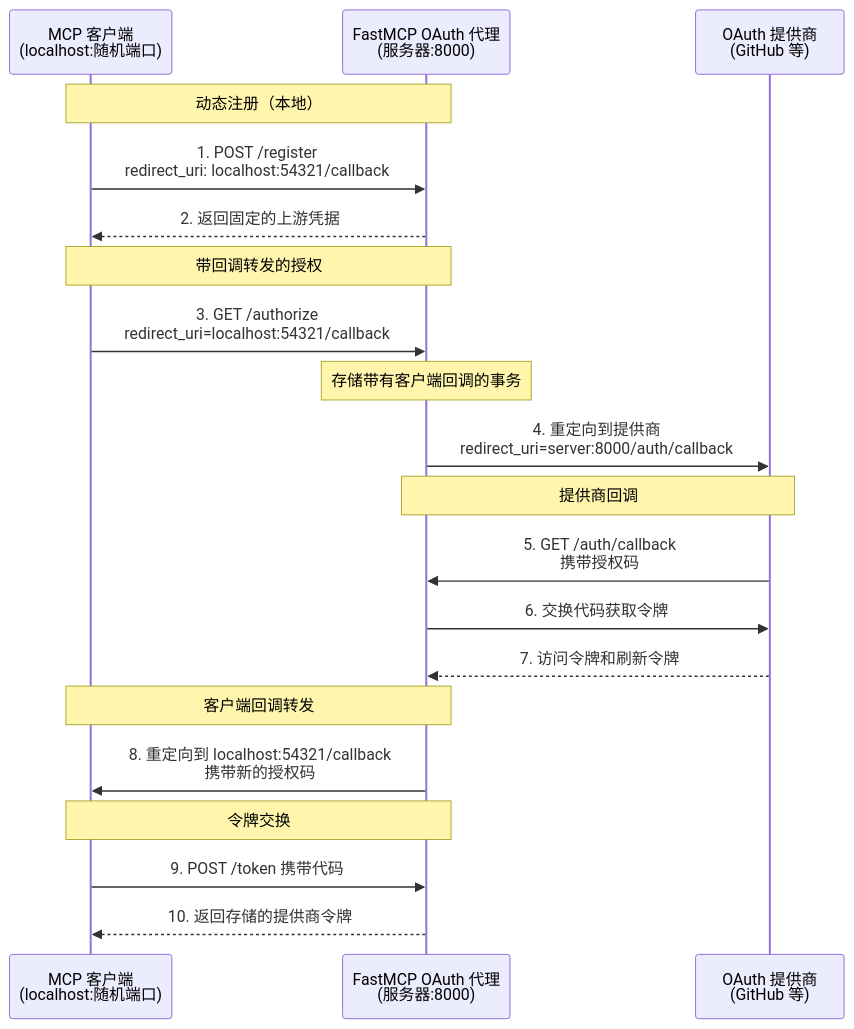
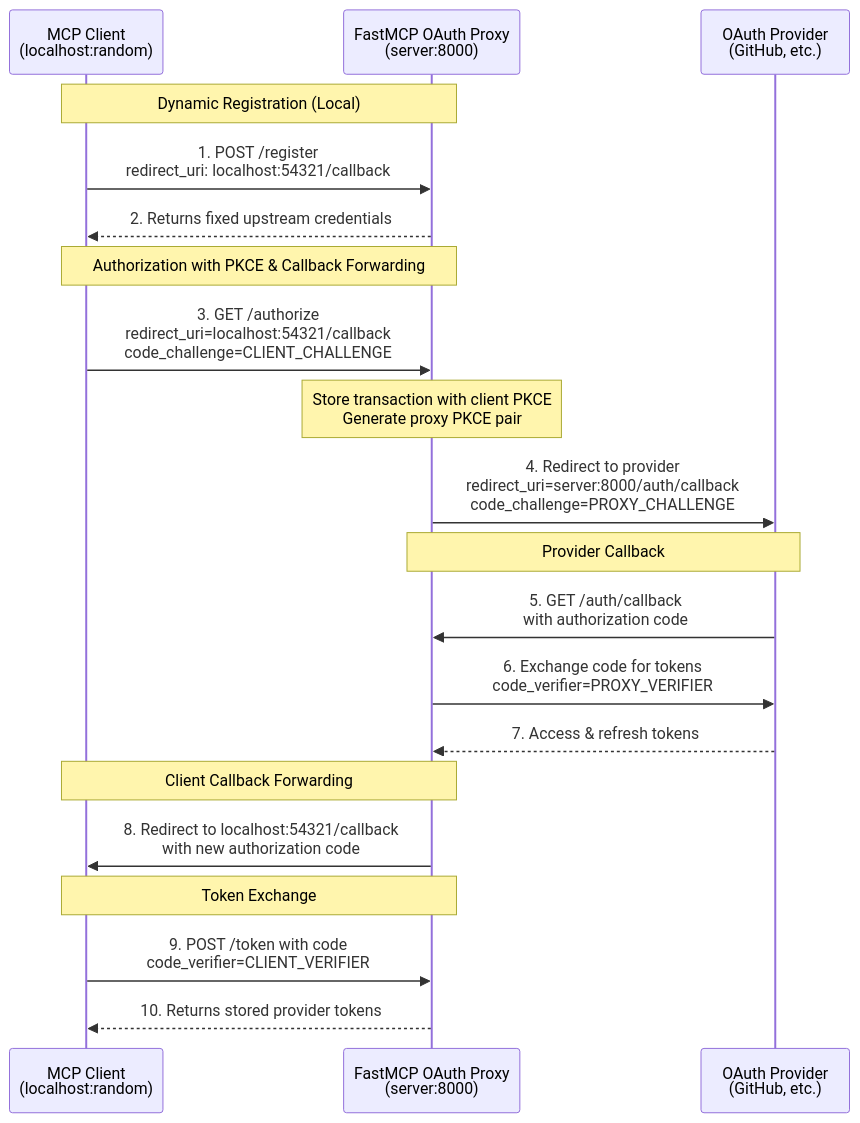
The diagram in i18n/zh/servers/auth/oauth-proxy.mdx (Gu-f/FastmcpDocs), drawn with Mermaid before and after one commit. The commit also changed other lines of this file and 248 other files, not shown here.

````diff
--- a/i18n/zh/servers/auth/oauth-proxy.mdx
+++ b/i18n/zh/servers/auth/oauth-proxy.mdx
@@ -65,27 +182,27 @@
 ```mermaid
 sequenceDiagram
-    participant Client as MCP 客户端<br/>(localhost:随机端口)
-    participant Proxy as FastMCP OAuth 代理<br/>(服务器:8000)
-    participant Provider as OAuth 提供商<br/>(GitHub 等)
+    participant Client as MCP Client<br/>(localhost:random)
+    participant Proxy as FastMCP OAuth Proxy<br/>(server:8000)
+    participant Provider as OAuth Provider<br/>(GitHub, etc.)
 
-    Note over Client, Proxy: 动态注册（本地）
+    Note over Client, Proxy: Dynamic Registration (Local)
     Client->>Proxy: 1. POST /register<br/>redirect_uri: localhost:54321/callback
-    Proxy-->>Client: 2. 返回固定的上游凭据
+    Proxy-->>Client: 2. Returns fixed upstream credentials
 
-    Note over Client, Proxy: 带回调转发的授权
-    Client->>Proxy: 3. GET /authorize<br/>redirect_uri=localhost:54321/callback
-    Note over Proxy: 存储带有客户端回调的事务
-    Proxy->>Provider: 4. 重定向到提供商<br/>redirect_uri=server:8000/auth/callback
-    
-    Note over Provider, Proxy: 提供商回调
-    Provider->>Proxy: 5. GET /auth/callback<br/>携带授权码
-    Proxy->>Provider: 6. 交换代码获取令牌
-    Provider-->>Proxy: 7. 访问令牌和刷新令牌
-    
-    Note over Proxy, Client: 客户端回调转发
-    Proxy->>Client: 8. 重定向到 localhost:54321/callback<br/>携带新的授权码
-    
-    Note over Client, Proxy: 令牌交换
-    Client->>Proxy: 9. POST /token 携带代码
-    Proxy-->>Client: 10. 返回存储的提供商令牌
+    Note over Client, Proxy: Authorization with PKCE & Callback Forwarding
+    Client->>Proxy: 3. GET /authorize<br/>redirect_uri=localhost:54321/callback<br/>code_challenge=CLIENT_CHALLENGE
+    Note over Proxy: Store transaction with client PKCE<br/>Generate proxy PKCE pair
+    Proxy->>Provider: 4. Redirect to provider<br/>redirect_uri=server:8000/auth/callback<br/>code_challenge=PROXY_CHALLENGE
+
+    Note over Provider, Proxy: Provider Callback
+    Provider->>Proxy: 5. GET /auth/callback<br/>with authorization code
+    Proxy->>Provider: 6. Exchange code for tokens<br/>code_verifier=PROXY_VERIFIER
+    Provider-->>Proxy: 7. Access & refresh tokens
+
+    Note over Proxy, Client: Client Callback Forwarding
+    Proxy->>Client: 8. Redirect to localhost:54321/callback<br/>with new authorization code
+
+    Note over Client, Proxy: Token Exchange
+    Client->>Proxy: 9. POST /token with code<br/>code_verifier=CLIENT_VERIFIER
+    Proxy-->>Client: 10. Returns stored provider tokens
 ```
````
